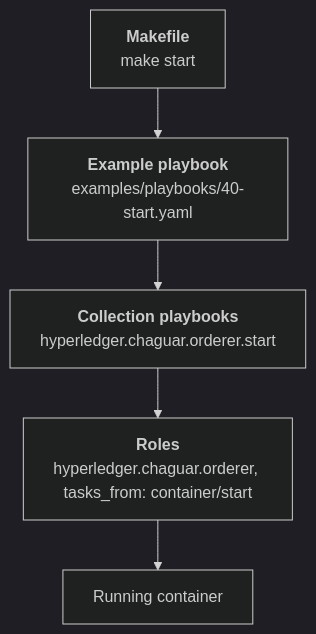
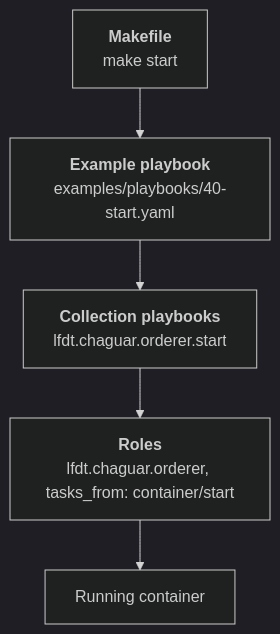
Before and after one commit to Chaguar/ansible-collection: the diagram in docs/tutorial/07-behind-the-scenes.md, drawn with Mermaid (dark theme). The commit also changed other lines of this file and 795 other files, not shown here.

Commit message:
Rename the collection to `lfdt.chaguar` (#424)

````diff
--- a/docs/tutorial/07-behind-the-scenes.md
+++ b/docs/tutorial/07-behind-the-scenes.md
@@ -32,7 +32,7 @@
 ```mermaid
 flowchart TD
   MK["<b>Makefile</b><br/>make start"] --> EX["<b>Example playbook</b><br/>examples/playbooks/40-start.yaml"]
-  EX --> CP["<b>Collection playbooks</b><br/>hyperledger.chaguar.orderer.start"]
-  CP --> RL["<b>Roles</b><br/>hyperledger.chaguar.orderer, tasks_from: container/start"]
+  EX --> CP["<b>Collection playbooks</b><br/>lfdt.chaguar.orderer.start"]
+  CP --> RL["<b>Roles</b><br/>lfdt.chaguar.orderer, tasks_from: container/start"]
   RL --> RUN[Running container]
 ```
````
